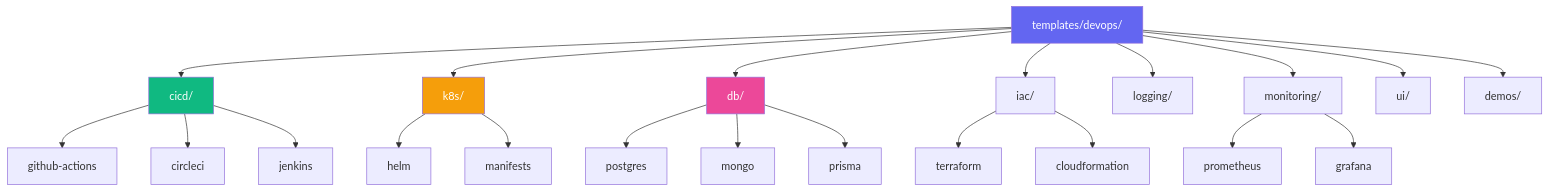
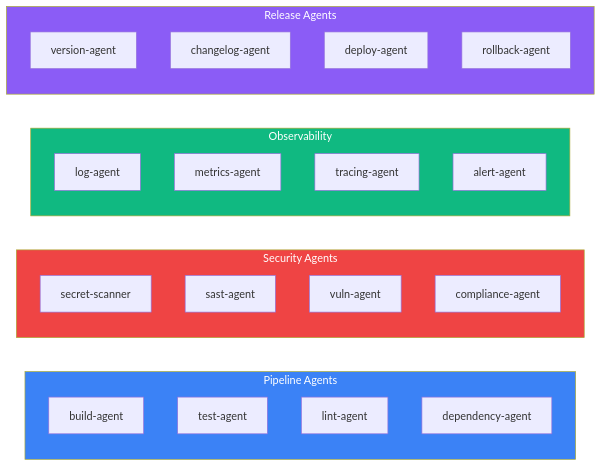
Before and after one commit to alaweimm90/alaweimm90: the second of 5 diagrams in docs/CODEMAP.md, drawn with Mermaid. The commit also changed other lines of this file and 148 other files, not shown here.

````diff
--- a/docs/CODEMAP.md
+++ b/docs/CODEMAP.md
@@ -92,35 +85,35 @@
 ```mermaid
-flowchart TD
-    templates[templates/devops/]
+flowchart LR
+    subgraph Pipeline["Pipeline Agents"]
+        BuildAgent[build-agent]
+        TestAgent[test-agent]
+        LintAgent[lint-agent]
+        DependencyAgent[dependency-agent]
+    end
 
-    templates --> cicd[cicd/]
-    templates --> k8s[k8s/]
-    templates --> db[db/]
-    templates --> iac[iac/]
-    templates --> logging[logging/]
-    templates --> monitoring[monitoring/]
-    templates --> ui[ui/]
-    templates --> demos[demos/]
+    subgraph Security["Security Agents"]
+        SecScan[secret-scanner]
+        SAST[sast-agent]
+        VulnAgent[vuln-agent]
+        ComplianceAgent[compliance-agent]
+    end
 
-    cicd --> ga[github-actions]
-    cicd --> circle[circleci]
-    cicd --> jenkins[jenkins]
+    subgraph Observability["Observability"]
+        LogAgent[log-agent]
+        MetricsAgent[metrics-agent]
+        TracingAgent[tracing-agent]
+        AlertAgent[alert-agent]
+    end
 
-    k8s --> helm[helm]
-    k8s --> manifests[manifests]
+    subgraph Release["Release Agents"]
+        VersionAgent[version-agent]
+        ChangelogAgent[changelog-agent]
+        DeployAgent[deploy-agent]
+        RollbackAgent[rollback-agent]
+    end
 
-    db --> postgres[postgres]
-    db --> mongo[mongo]
-    db --> prisma[prisma]
-
-    iac --> terraform[terraform]
-    iac --> cloudform[cloudformation]
-
-    monitoring --> prom[prometheus]
-    monitoring --> grafana[grafana]
-
-    style templates fill:#6366F1,color:#fff
-    style cicd fill:#10B981,color:#fff
-    style k8s fill:#F59E0B,color:#fff
-    style db fill:#EC4899,color:#fff
+    style Pipeline fill:#3B82F6,color:#fff
+    style Security fill:#EF4444,color:#fff
+    style Observability fill:#10B981,color:#fff
+    style Release fill:#8B5CF6,color:#fff
 ```
````
